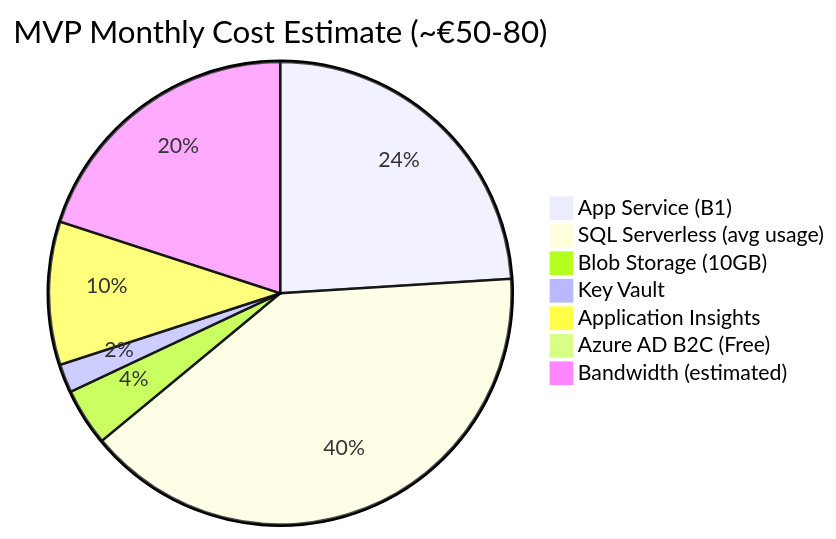
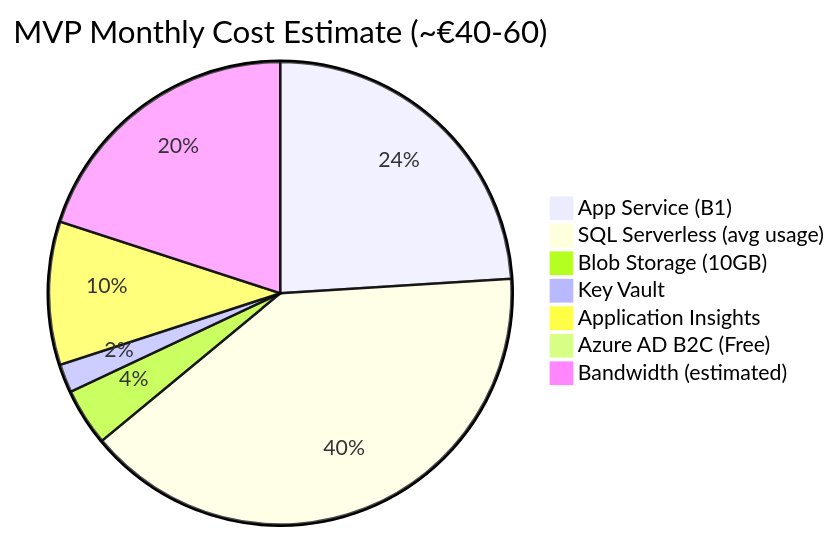
Before and after one commit to larfjer/TimeSeriesViewer: the second of 12 diagrams in docs/04-azure-setup-plan.md, drawn with Mermaid. The commit also changed other lines of this file, not shown here.

Commit message:
Fix inconsistencies in MVP section: align cost estimates and resource references

````diff
--- a/docs/04-azure-setup-plan.md
+++ b/docs/04-azure-setup-plan.md
@@ -275,10 +275,10 @@
 ```mermaid
-pie title MVP Monthly Cost Estimate (~€50-80)
+pie title MVP Monthly Cost Estimate (~€40-60)
     "App Service (B1)" : 12
     "SQL Serverless (avg usage)" : 20
     "Blob Storage (10GB)" : 2
     "Key Vault" : 1
     "Application Insights" : 5
     "Azure AD B2C (Free)" : 0
     "Bandwidth (estimated)" : 10
 ```
````
